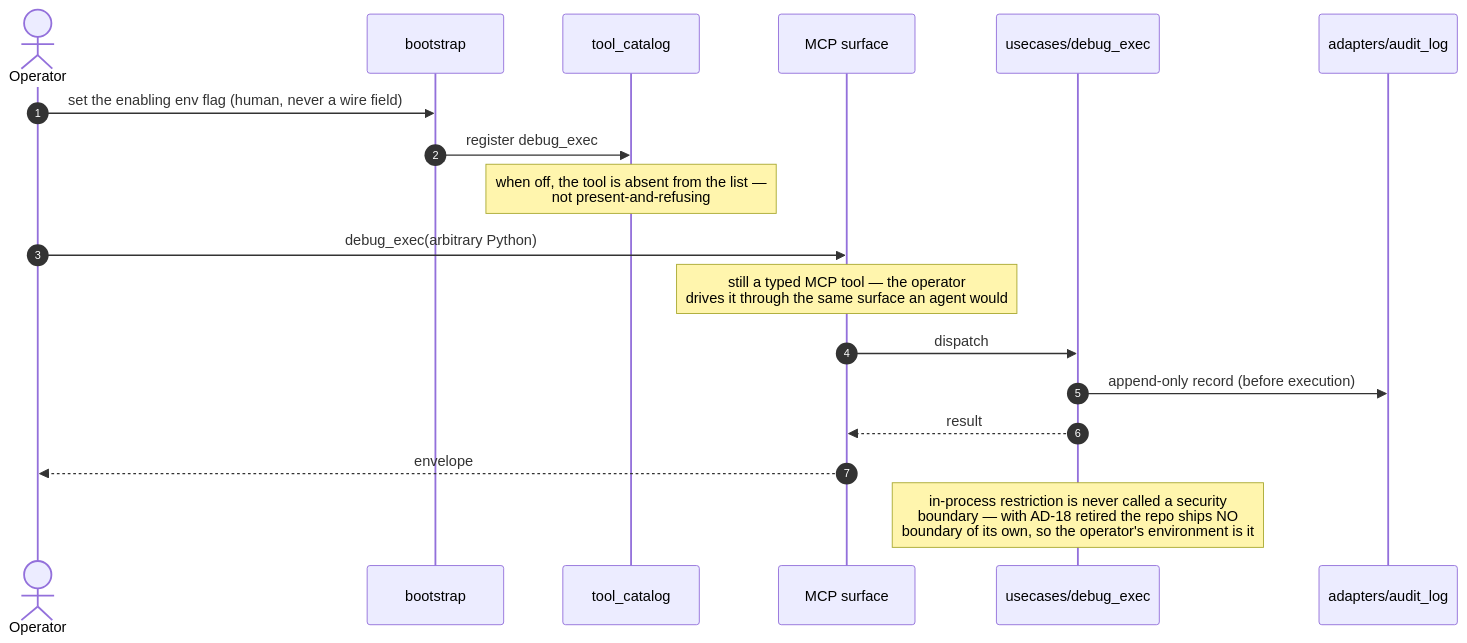
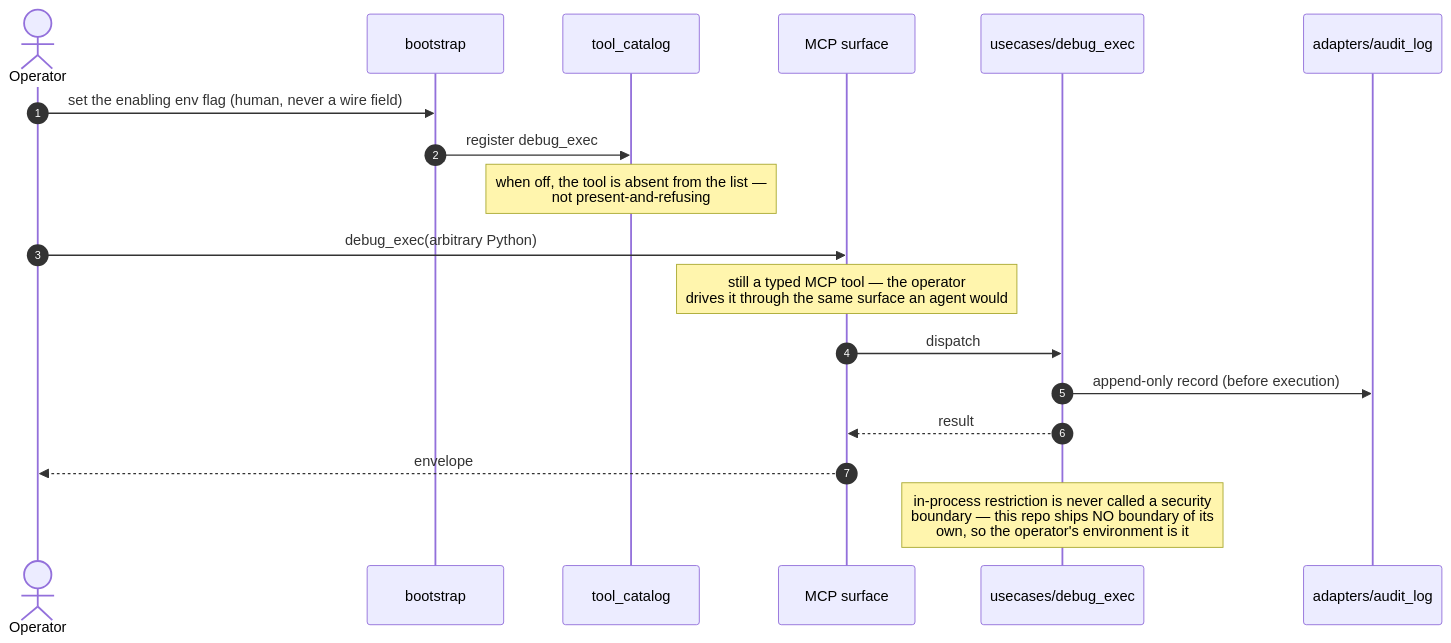
The ninth of 9 diagrams in _bmad-output/planning-artifacts/architecture/architecture-freecad-buddy-2026-07-21/design/sequence-diagrams.md (robotics-playground/freecad-buddy), drawn with Mermaid before and after one commit. The commit also changed other lines of this file and 12 other files, not shown here.

````diff
--- a/_bmad-output/planning-artifacts/architecture/architecture-freecad-buddy-2026-07-21/design/sequence-diagrams.md
+++ b/_bmad-output/planning-artifacts/architecture/architecture-freecad-buddy-2026-07-21/design/sequence-diagrams.md
@@ -455,21 +452,21 @@
 ```mermaid
 sequenceDiagram
   autonumber
   actor Operator
   participant Boot as bootstrap
   participant Cat as tool_catalog
   participant MCP as MCP surface
   participant U as usecases/debug_exec
   participant Audit as adapters/audit_log
 
   Operator->>Boot: set the enabling env flag (human, never a wire field)
   Boot->>Cat: register debug_exec
   Note over Cat: when off, the tool is absent from the list —<br/>not present-and-refusing
   Operator->>MCP: debug_exec(arbitrary Python)
   Note over MCP: still a typed MCP tool — the operator<br/>drives it through the same surface an agent would
   MCP->>U: dispatch
   U->>Audit: append-only record (before execution)
   U-->>MCP: result
   MCP-->>Operator: envelope
-  Note over U: in-process restriction is never called a security<br/>boundary — with AD-18 retired the repo ships NO<br/>boundary of its own, so the operator's environment is it
+  Note over U: in-process restriction is never called a security<br/>boundary — this repo ships NO boundary of its<br/>own, so the operator's environment is it
 ```
````
